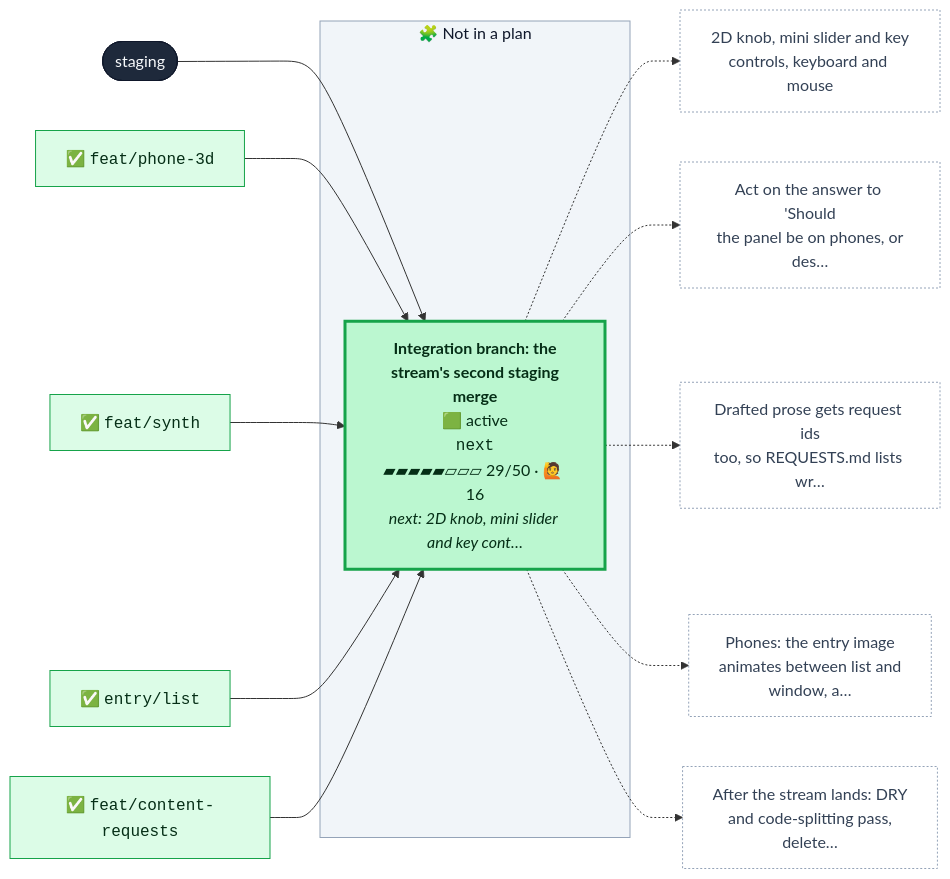
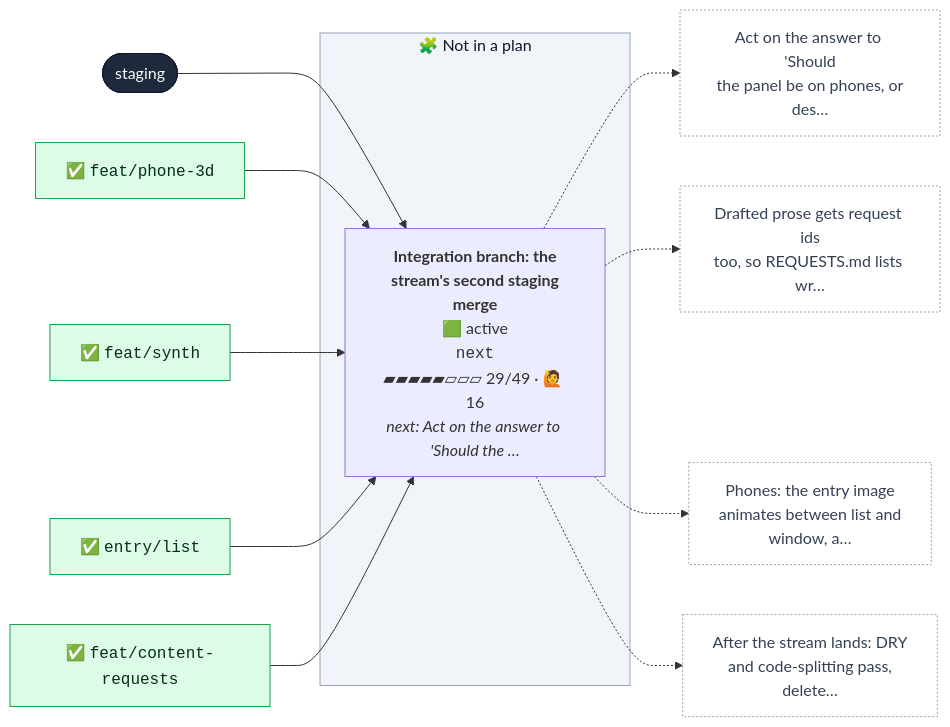
One commit to henryjonescodes/portfolio changed the first of 2 diagrams in CONTRIBUTING.md. Above: the diagram before and after it, drawn with Mermaid. The commit also changed other lines of this file, not shown here.

````diff
--- a/CONTRIBUTING.md
+++ b/CONTRIBUTING.md
@@ -16,47 +16,44 @@
 ```mermaid
 flowchart LR
   n_staging([staging])
   class n_staging trunk
   subgraph loose["🧩 Not in a plan"]
-    n_next["<b>Integration branch: the<br/>stream's second staging<br/>merge</b><br/>🟩 active<br/><code>next</code><br/>▰▰▰▰▰▱▱▱ 29/50 · 🙋 16<br/><i>next: 2D knob, mini slider and key cont…</i>"]
-    class n_next active
+    n_next["<b>Integration branch: the<br/>stream's second staging<br/>merge</b><br/>🟩 active<br/><code>next</code><br/>▰▰▰▰▰▱▱▱ 29/49 · 🙋 16<br/><i>next: Act on the answer to 'Should the …</i>"]
+    class n_next active,current
   end
   style loose fill:#f1f5f9,stroke:#94a3b8,color:#0f172a
   n_staging --> n_next
   n_next_m0["✅ <code>feat/phone-3d</code>"]
   class n_next_m0 merged
   n_next_m0 --> n_next
   n_next_m1["✅ <code>feat/synth</code>"]
   class n_next_m1 merged
   n_next_m1 --> n_next
   n_next_m2["✅ <code>entry/list</code>"]
   class n_next_m2 merged
   n_next_m2 --> n_next
   n_next_m3["✅ <code>feat/content-requests</code>"]
   class n_next_m3 merged
   n_next_m3 --> n_next
-  n_next_t0["2D knob, mini slider and key<br/>controls, keyboard and mouse"]
+  n_next_t0["Act on the answer to 'Should<br/>the panel be on phones, or<br/>des…"]
   class n_next_t0 todo
   n_next -.-> n_next_t0
-  n_next_t1["Act on the answer to 'Should<br/>the panel be on phones, or<br/>des…"]
+  n_next_t1["Drafted prose gets request ids<br/>too, so REQUESTS.md lists wr…"]
   class n_next_t1 todo
   n_next -.-> n_next_t1
-  n_next_t2["Drafted prose gets request ids<br/>too, so REQUESTS.md lists wr…"]
+  n_next_t2["Phones: the entry image<br/>animates between list and<br/>window, a…"]
   class n_next_t2 todo
   n_next -.-> n_next_t2
-  n_next_t3["Phones: the entry image<br/>animates between list and<br/>window, a…"]
+  n_next_t3["After the stream lands: DRY<br/>and code-splitting pass,<br/>delete…"]
   class n_next_t3 todo
   n_next -.-> n_next_t3
-  n_next_t4["After the stream lands: DRY<br/>and code-splitting pass,<br/>delete…"]
-  class n_next_t4 todo
-  n_next -.-> n_next_t4
   classDef merged fill:#dcfce7,stroke:#16a34a,color:#052e16
   classDef todo fill:#ffffff,stroke:#94a3b8,stroke-dasharray:2 2,color:#334155
   classDef planned fill:#c7d2fe,stroke:#4f46e5,color:#1e1b4b
   classDef sketched fill:#f8fafc,stroke:#64748b,stroke-dasharray:4 3,color:#334155
   classDef active fill:#bbf7d0,stroke:#16a34a,stroke-width:3px,color:#052e16
   classDef review fill:#fde68a,stroke:#d97706,stroke-width:3px,color:#451a03
   classDef blocked fill:#fecaca,stroke:#dc2626,stroke-width:3px,color:#450a0a
   classDef trunk fill:#1e293b,stroke:#0f172a,color:#f8fafc
   classDef current stroke:#0ea5e9,stroke-width:5px
 ```
````
